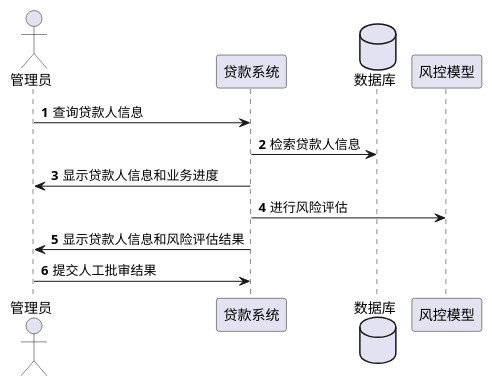
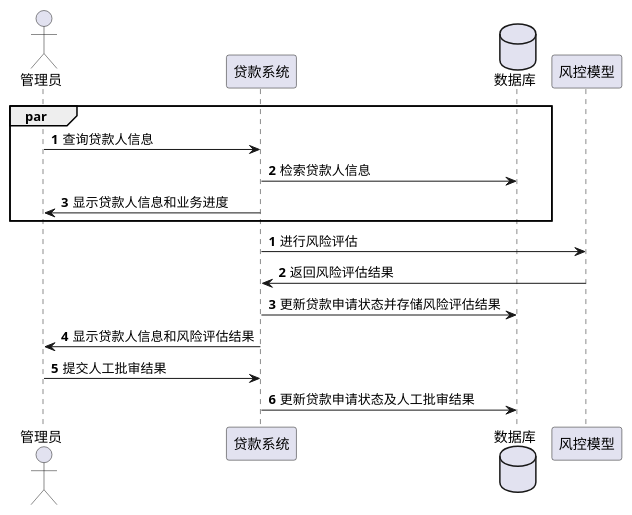
The diagram in 管理员.pu (sam5053/Integrated-Design), drawn with PlantUML before and after one commit. The commit also changed 2 other files, not shown here.

Commit message:
修改了plantuml文件

```diff
--- a/管理员.pu
+++ b/管理员.pu
@@ -1,17 +1,23 @@
 @startuml
 
-autonumber
 actor 管理员 as admin
 participant "贷款系统" as system
 database "数据库" as database
 participant 风控模型 as model 
 
-admin -> system: 查询贷款人信息
-system -> database: 检索贷款人信息
-system -> admin: 显示贷款人信息和业务进度
+par
+    autonumber
+    admin -> system: 查询贷款人信息
+    system -> database: 检索贷款人信息
+    system -> admin: 显示贷款人信息和业务进度
+end
+autonumber
 system -> model: 进行风险评估
+model -> system: 返回风险评估结果
+system -> database: 更新贷款申请状态并存储风险评估结果
 system -> admin: 显示贷款人信息和风险评估结果
 admin -> system:  提交人工批审结果
+system -> database: 更新贷款申请状态及人工批审结果
 
 
 @enduml
```
